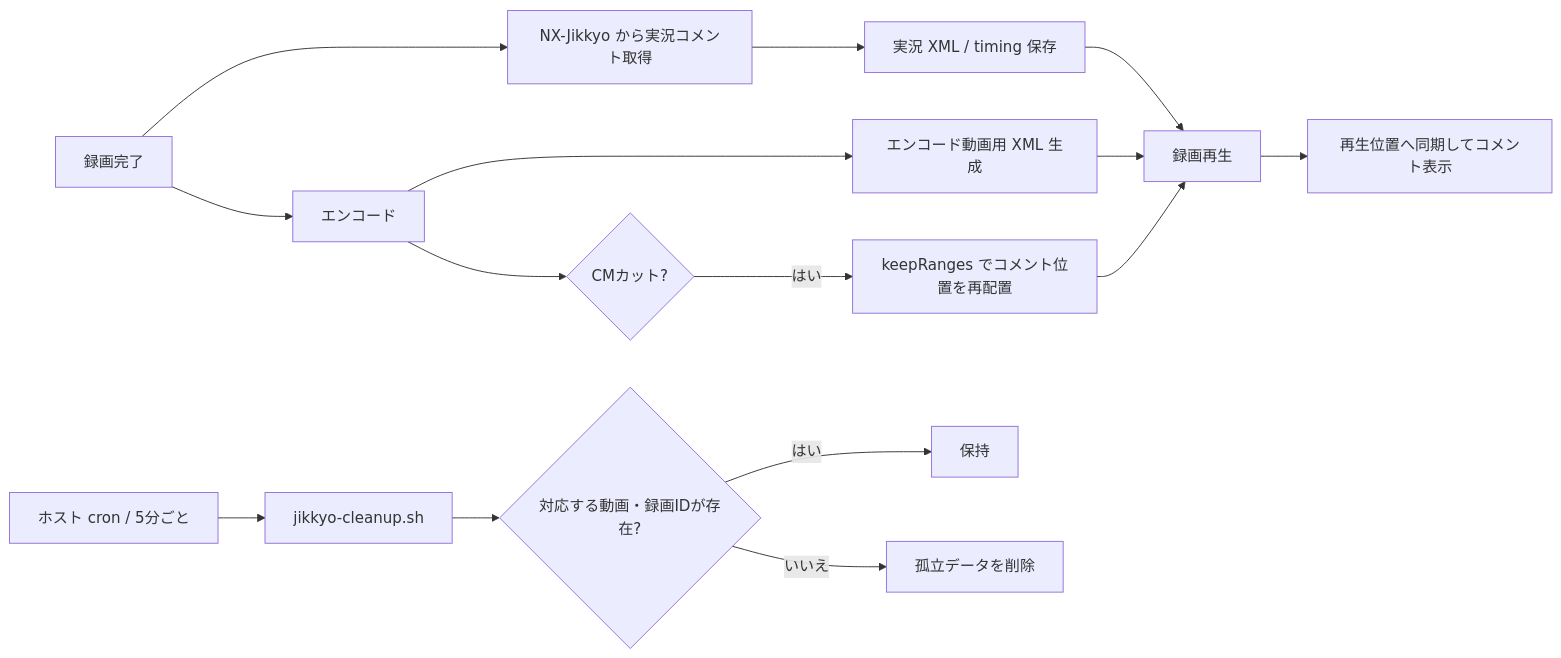
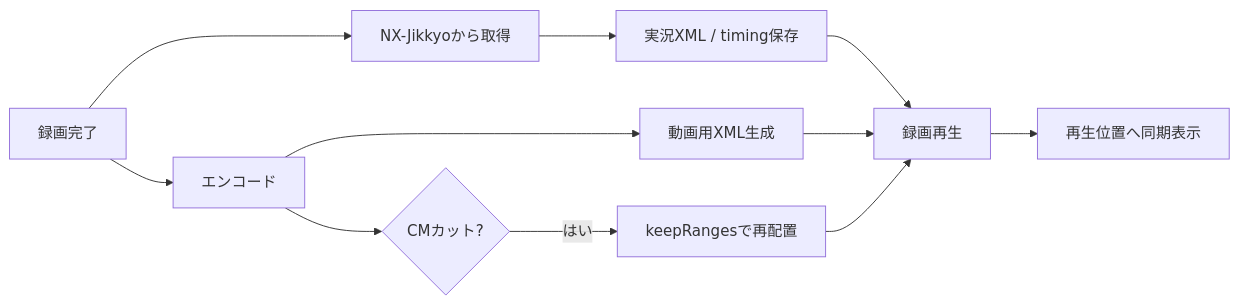
The fifth of 5 diagrams in README.md (rucola-salad/docker-mirakurun-epgstation), drawn with Mermaid before and after one commit. The commit also changed other lines of this file, not shown here.

````diff
--- a/README.md
+++ b/README.md
@@ -369,17 +421,13 @@
 ```mermaid
 flowchart LR
-    REC[録画完了] --> FETCH[NX-Jikkyo から実況コメント取得]
-    FETCH --> XML[実況 XML / timing 保存]
+    REC[録画完了] --> FETCH[NX-Jikkyoから取得]
+    FETCH --> XML[実況XML / timing保存]
     XML --> PLAY[録画再生]
-    PLAY --> VIEW[再生位置へ同期してコメント表示]
+    PLAY --> VIEW[再生位置へ同期表示]
     REC --> ENC[エンコード]
-    ENC --> EFETCH[エンコード動画用 XML 生成]
+    ENC --> EFETCH[動画用XML生成]
     EFETCH --> PLAY
     ENC --> CMCUT{CMカット?}
-    CMCUT -->|はい| REMAP[keepRanges でコメント位置を再配置]
+    CMCUT -->|はい| REMAP[keepRangesで再配置]
     REMAP --> PLAY
-    CRON[ホスト cron / 5分ごと] --> CLEAN[jikkyo-cleanup.sh]
-    CLEAN --> ORPHAN{対応する動画・録画IDが存在?}
-    ORPHAN -->|はい| KEEP[保持]
-    ORPHAN -->|いいえ| DELETE[孤立データを削除]
 ```
````
